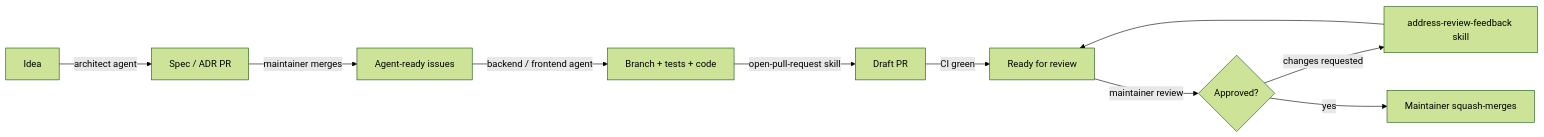
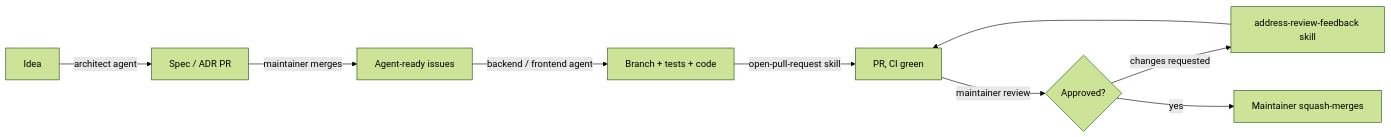
One commit to nem0z/hashplace changed the diagram in docs/workflow.md. Above: the diagram before and after it, drawn with Mermaid (forest theme). The commit also changed other lines of this file and 2 other files, not shown here.

Commit message:
docs(agents): open pull requests as ready for review instead of draft

````diff
--- a/docs/workflow.md
+++ b/docs/workflow.md
@@ -6,12 +6,11 @@
 ```mermaid
 flowchart LR
     I[Idea] -->|architect agent| D[Spec / ADR PR]
     D -->|maintainer merges| S[Agent-ready issues]
     S -->|backend / frontend agent| B[Branch + tests + code]
-    B -->|open-pull-request skill| P[Draft PR]
-    P -->|CI green| R[Ready for review]
+    B -->|open-pull-request skill| R[PR, CI green]
     R -->|maintainer review| F{Approved?}
     F -->|changes requested| A[address-review-feedback skill]
     A --> R
     F -->|yes| M[Maintainer squash-merges]
 ```
````
